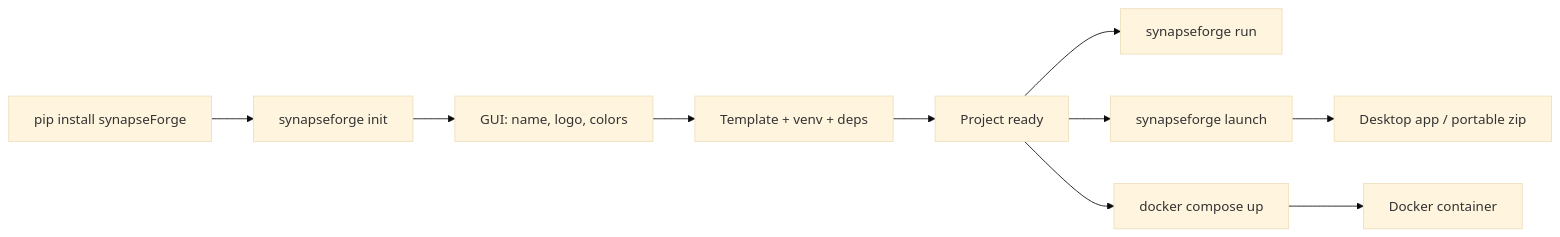
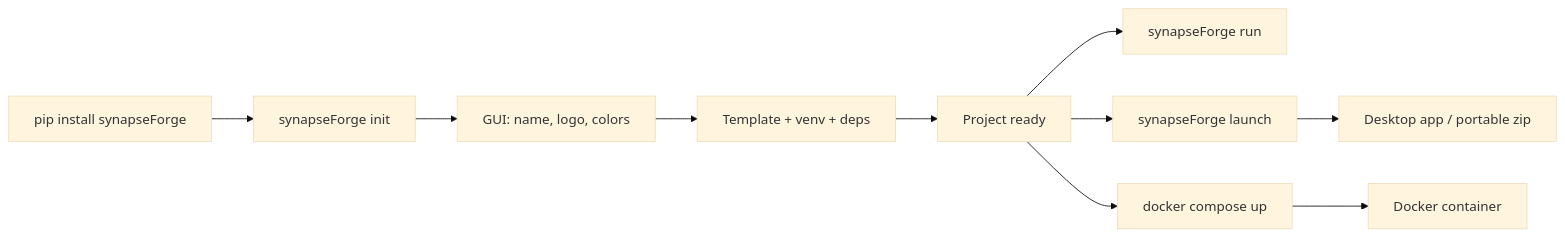
The diagram in README.md (synapse-ai-hub/Forge), drawn with Mermaid (base theme) before and after one commit. The commit also changed other lines of this file and 90 other files, not shown here.

````diff
--- a/README.md
+++ b/README.md
@@ -133,12 +134,12 @@
 ```mermaid
 flowchart LR
-    A["pip install synapseForge"] --> B["synapseforge init"]
+    A["pip install synapseForge"] --> B["synapseForge init"]
     B --> C["GUI: name, logo, colors"]
     C --> D["Template + venv + deps"]
     D --> E["Project ready"]
-    E --> F["synapseforge run"]
-    E --> G["synapseforge launch"]
+    E --> F["synapseForge run"]
+    E --> G["synapseForge launch"]
     E --> I["docker compose up"]
     G --> H["Desktop app / portable zip"]
     I --> J["Docker container"]
 ```
````
